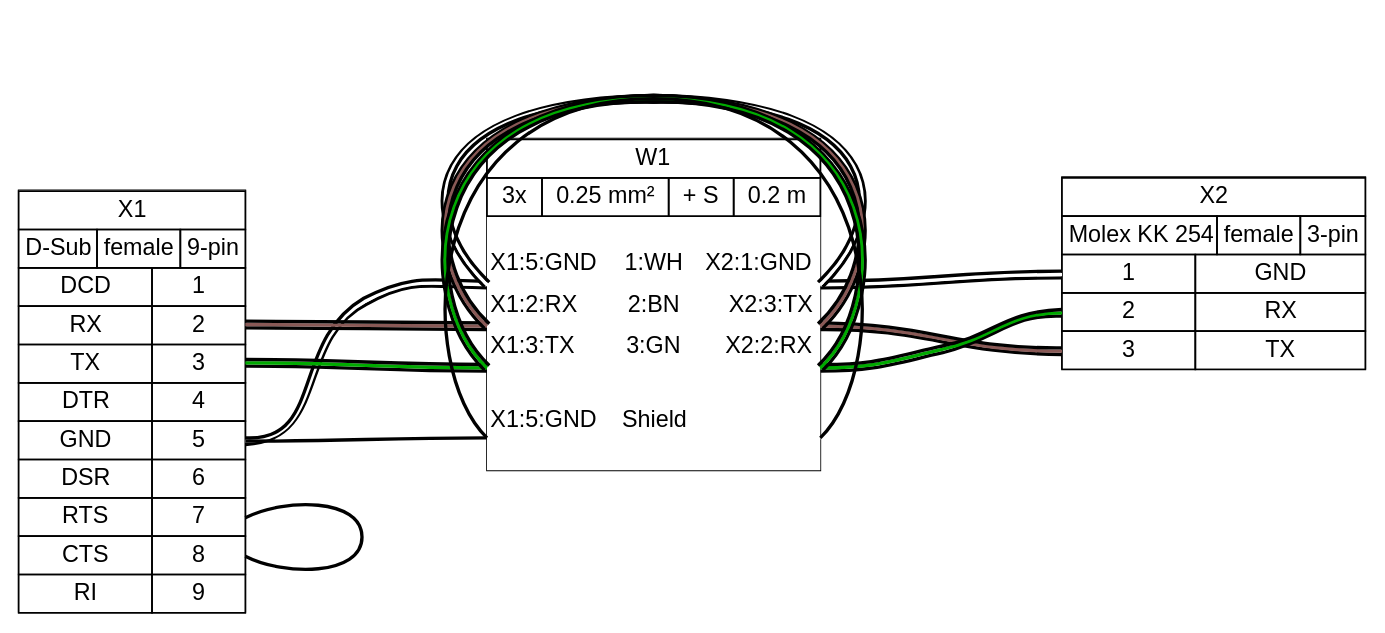
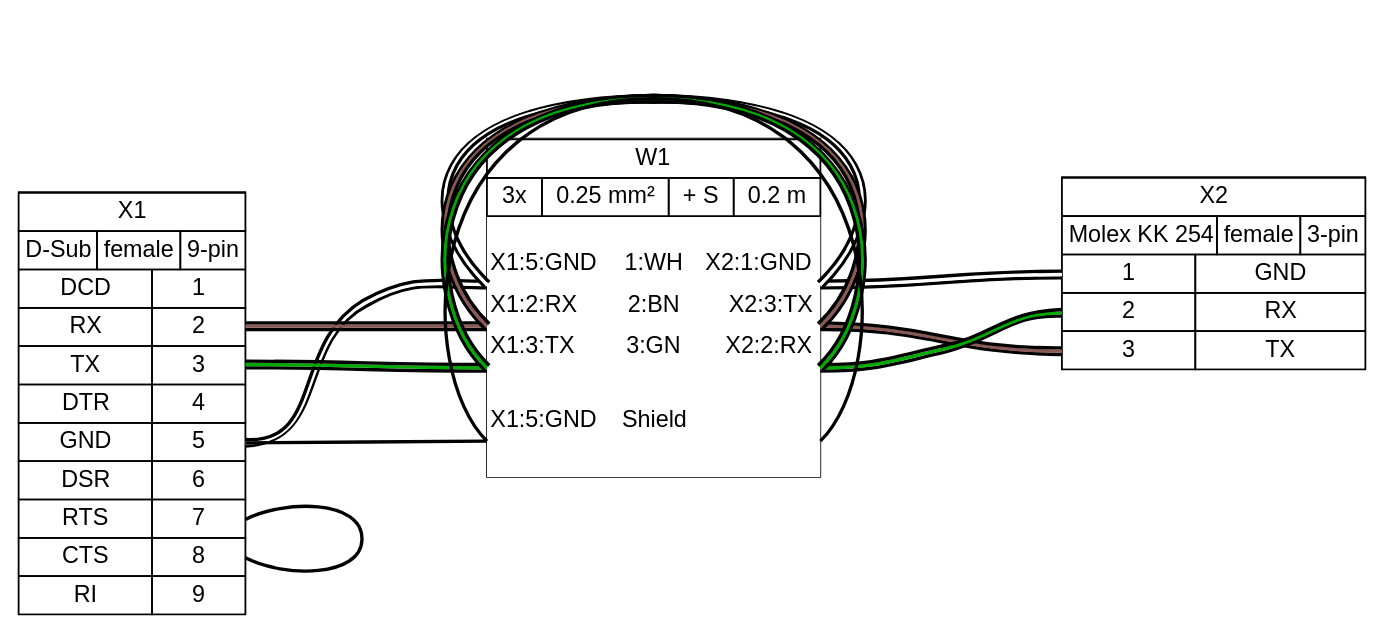
The diagram in examples/demo01.gv (wireviz/WireViz), drawn with Graphviz before and after one commit. The commit also changed 103 other files, not shown here.

```diff
--- a/examples/demo01.gv
+++ b/examples/demo01.gv
@@ -31,47 +31,38 @@
    <table border="0" cellborder="1" cellpadding="3" cellspacing="0">
     <tr>
      <td>DCD</td>
-     []
      <td port="p1r">1</td>
     </tr>
     <tr>
      <td>RX</td>
-     []
      <td port="p2r">2</td>
     </tr>
     <tr>
      <td>TX</td>
-     []
      <td port="p3r">3</td>
     </tr>
     <tr>
      <td>DTR</td>
-     []
      <td port="p4r">4</td>
     </tr>
     <tr>
      <td>GND</td>
-     []
      <td port="p5r">5</td>
     </tr>
     <tr>
      <td>DSR</td>
-     []
      <td port="p6r">6</td>
     </tr>
     <tr>
      <td>RTS</td>
-     []
      <td port="p7r">7</td>
     </tr>
     <tr>
      <td>CTS</td>
-     []
      <td port="p8r">8</td>
     </tr>
     <tr>
      <td>RI</td>
-     []
      <td port="p9r">9</td>
     </tr>
    </table>
@@ -109,17 +100,14 @@
     <tr>
      <td port="p1l">1</td>
      <td>GND</td>
-     []
     </tr>
     <tr>
      <td port="p2l">2</td>
      <td>RX</td>
-     []
     </tr>
     <tr>
      <td port="p3l">3</td>
      <td>TX</td>
-     []
     </tr>
    </table>
   </td>
@@ -163,19 +151,7 @@
      <td align="right">X2:1:GND </td>
     </tr>
     <tr>
-     <td border="0" cellspacing="0" cellpadding="0" colspan="5" height="6" port="w1">
-      <table border="0" cellborder="0" cellspacing="0">
-       <tr>
-        <td bgcolor="#FFFFFF" border="0" cellpadding="0" colspan="5" height="2"></td>
-       </tr>
-       <tr>
-        <td bgcolor="#FFFFFF" border="0" cellpadding="0" colspan="5" height="2"></td>
-       </tr>
-       <tr>
-        <td bgcolor="#FFFFFF" border="0" cellpadding="0" colspan="5" height="2"></td>
-       </tr>
-      </table>
-     </td>
+     <td border="0" cellspacing="0" cellpadding="0" colspan="5" height="6" port="w1"></td>
     </tr>
     <tr>
      <td align="left"> X1:2:RX</td>
@@ -185,19 +161,7 @@
      <td align="right">X2:3:TX </td>
     </tr>
     <tr>
-     <td border="0" cellspacing="0" cellpadding="0" colspan="5" height="6" port="w2">
-      <table border="0" cellborder="0" cellspacing="0">
-       <tr>
-        <td bgcolor="#FFFFFF" border="0" cellpadding="0" colspan="5" height="2"></td>
-       </tr>
-       <tr>
-        <td bgcolor="#FFFFFF" border="0" cellpadding="0" colspan="5" height="2"></td>
-       </tr>
-       <tr>
-        <td bgcolor="#FFFFFF" border="0" cellpadding="0" colspan="5" height="2"></td>
-       </tr>
-      </table>
-     </td>
+     <td border="0" cellspacing="0" cellpadding="0" colspan="5" height="6" port="w2"></td>
     </tr>
     <tr>
      <td align="left"> X1:3:TX</td>
@@ -207,19 +171,7 @@
      <td align="right">X2:2:RX </td>
     </tr>
     <tr>
-     <td border="0" cellspacing="0" cellpadding="0" colspan="5" height="6" port="w3">
-      <table border="0" cellborder="0" cellspacing="0">
-       <tr>
-        <td bgcolor="#FFFFFF" border="0" cellpadding="0" colspan="5" height="2"></td>
-       </tr>
-       <tr>
-        <td bgcolor="#FFFFFF" border="0" cellpadding="0" colspan="5" height="2"></td>
-       </tr>
-       <tr>
-        <td bgcolor="#FFFFFF" border="0" cellpadding="0" colspan="5" height="2"></td>
-       </tr>
-      </table>
-     </td>
+     <td border="0" cellspacing="0" cellpadding="0" colspan="5" height="6" port="w3"></td>
     </tr>
     <tr>
      <td>&nbsp;</td>
@@ -232,13 +184,7 @@
      <td align="right"> </td>
     </tr>
     <tr>
-     <td border="0" cellspacing="0" cellpadding="0" colspan="5" height="2" port="w4">
-      <table border="0" cellborder="0" cellspacing="0">
-       <tr>
-        <td bgcolor="#FFFFFF" border="0" cellpadding="0" colspan="5" height="2"></td>
-       </tr>
-      </table>
-     </td>
+     <td border="0" cellspacing="0" cellpadding="0" colspan="5" height="6" port="w4"></td>
     </tr>
     <tr>
      <td>&nbsp;</td>
```
